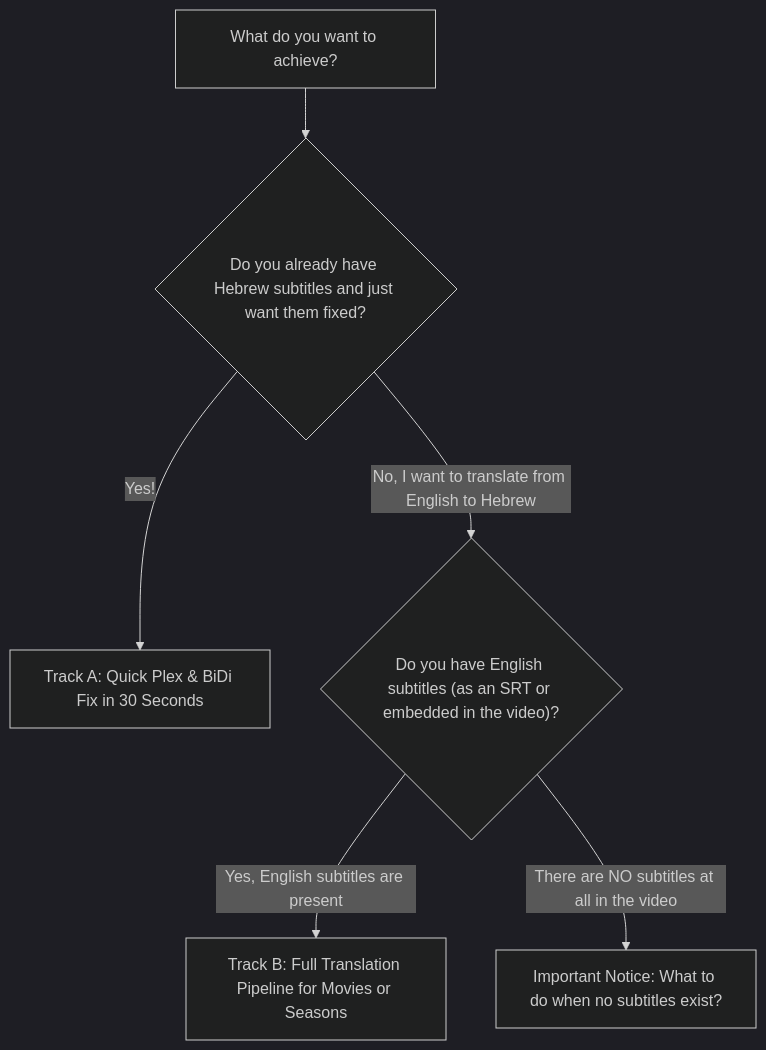
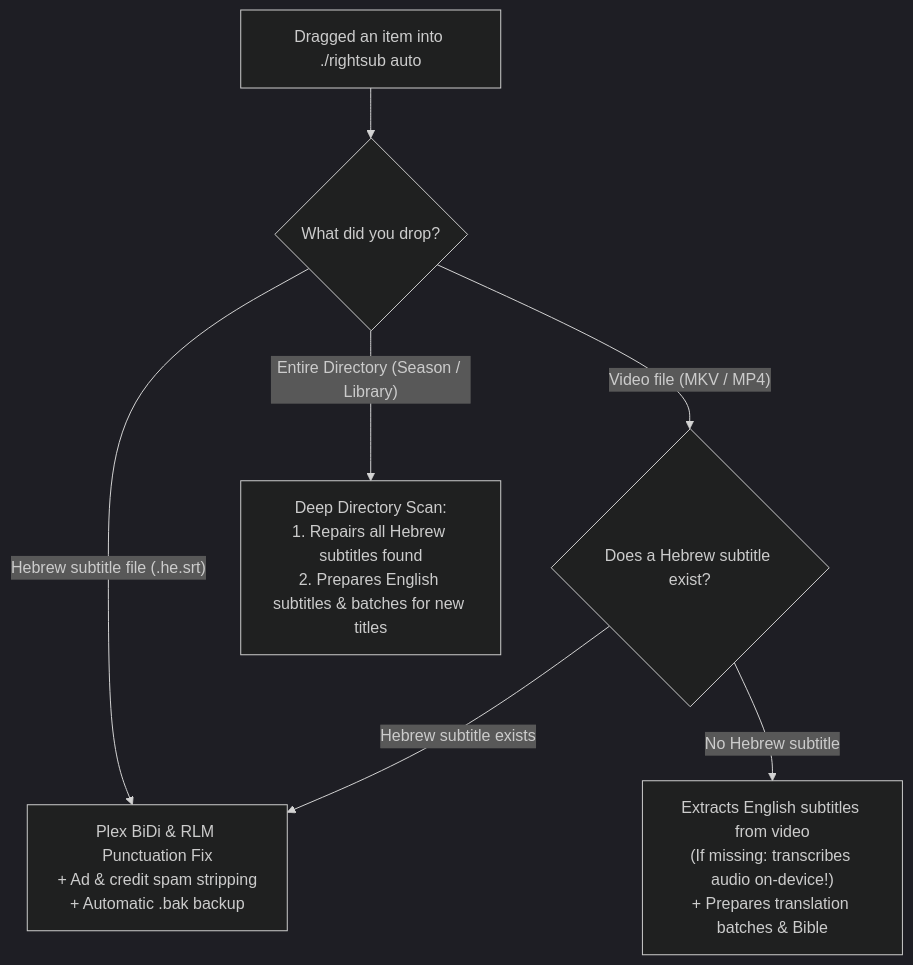
The diagram in docs/QUICKSTART_FOR_BEGINNERS.md (omerninyo/RightSub), drawn with Mermaid (dark theme) before and after one commit. The commit also changed other lines of this file and 15 other files, not shown here.

Commit message:
feat(auto): add zero-flag autonomous runner, local ollama translation & foolproof AI guides

````diff
--- a/docs/QUICKSTART_FOR_BEGINNERS.md
+++ b/docs/QUICKSTART_FOR_BEGINNERS.md
@@ -16,8 +32,12 @@
 ```mermaid
 graph TD
-    Start["What do you want to achieve?"] --> Q1{"Do you already have Hebrew subtitles and just want them fixed?"}
-    Q1 -- "Yes!" --> TrackA["Track A: Quick Plex & BiDi Fix in 30 Seconds"]
-    Q1 -- "No, I want to translate from English to Hebrew" --> Q2{"Do you have English subtitles (as an SRT or embedded in the video)?"}
-    Q2 -- "Yes, English subtitles are present" --> TrackB["Track B: Full Translation Pipeline for Movies or Seasons"]
-    Q2 -- "There are NO subtitles at all in the video" --> TrackC["Important Notice: What to do when no subtitles exist?"]
+    Start["Dragged an item into ./rightsub auto"] --> Check{"What did you drop?"}
+    
+    Check -- "Hebrew subtitle file (.he.srt)" --> Action1["Plex BiDi & RLM Punctuation Fix<br/>+ Ad & credit spam stripping<br/>+ Automatic .bak backup"]
+    
+    Check -- "Video file (MKV / MP4)" --> VideoCheck{"Does a Hebrew subtitle exist?"}
+    VideoCheck -- "Hebrew subtitle exists" --> Action1
+    VideoCheck -- "No Hebrew subtitle" --> Action2["Extracts English subtitles from video<br/>(If missing: transcribes audio on-device!)<br/>+ Prepares translation batches & Bible"]
+    
+    Check -- "Entire Directory (Season / Library)" --> Action3["Deep Directory Scan:<br/>1. Repairs all Hebrew subtitles found<br/>2. Prepares English subtitles & batches for new titles"]
 ```
````
